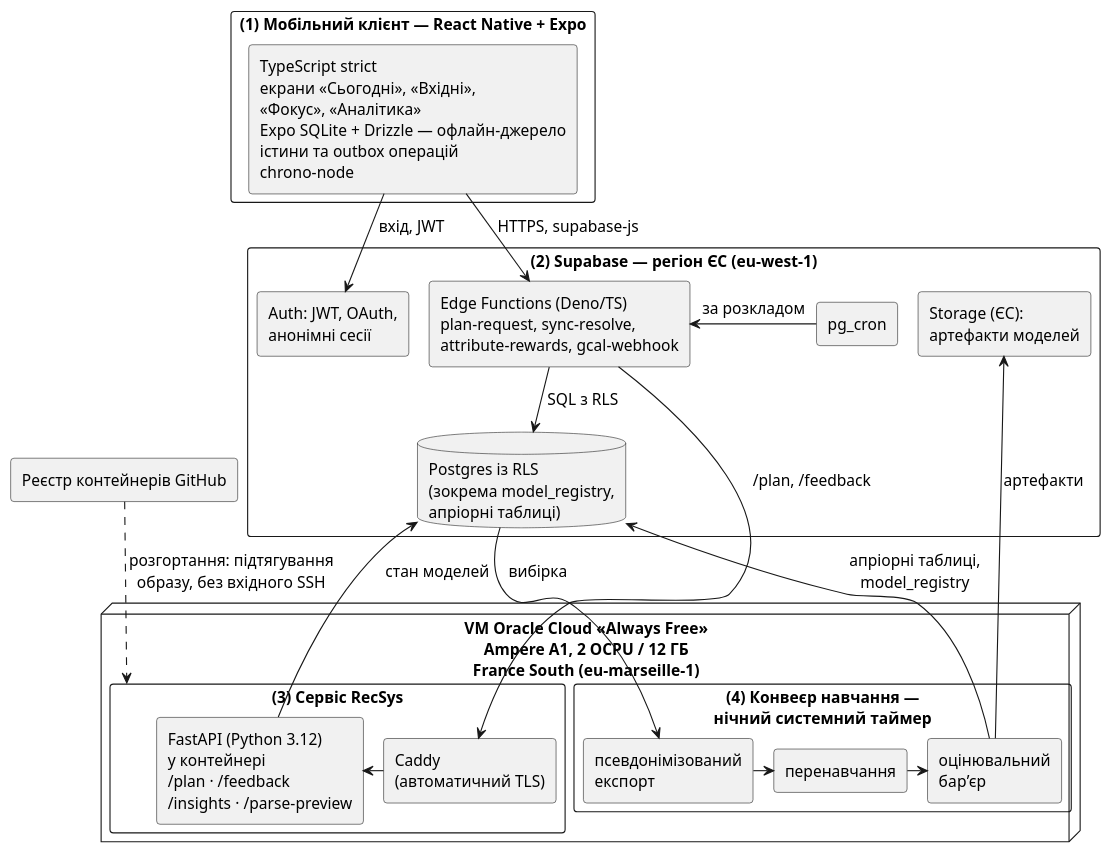
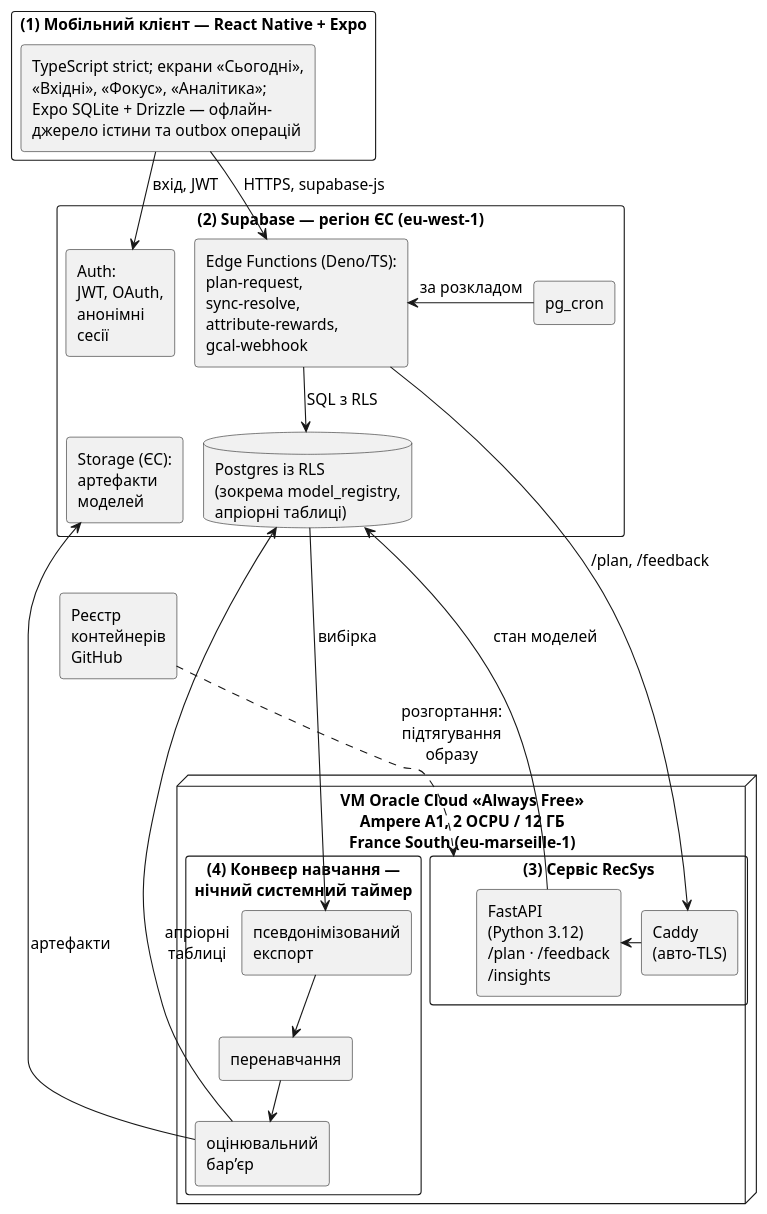
Before and after one commit to IKala4I/magister_work: the diagram in docs/thesis/text/diagrams/3-1-architecture.puml, drawn with PlantUML. The commit also changed 4 other files, not shown here.

```diff
--- a/docs/thesis/text/diagrams/3-1-architecture.puml
+++ b/docs/thesis/text/diagrams/3-1-architecture.puml
@@ -1,66 +1,69 @@
 @startuml
 ' Рисунок 3.1 — Загальна архітектура системи Hourwell.
 ' Джерело: текст плейсхолдера рисунка 3.1 у full.md (підрозділ 3.2) — чотири рівні, їхній склад і
 ' стрілки взято звідти; нічого поза ним. Стрілка plan-request → /plan без підпису: ім’я функції
 ' стоїть у блоці Edge Functions, /plan — у блоці FastAPI. Рівні (3) і (4) — на одній ВМ, як і сказано в тексті,
 ' тому намальовані в одній рамці ВМ. PlantUML, а не Mermaid: розкладка Mermaid не дає вмістити
 ' рисунок на сторінку з підписами не менше 8 пт (стрілку «конвеєр → Storage» вона веде в обхід).
 ' 2026-11-12 (зовнішня рецензія, звірено з кодом): клієнт звертається лише до Auth і Edge Functions
 ' (supabase.auth.*, supabase.functions.invoke); до Postgres ідуть функції й сервіс рекомендацій
 ' (стан моделей bandit_state / beta_cells / blend_state — у Postgres, repo.py); pg_cron запускає
 ' функції за розкладом (attribute-rewards о 23:55, календар кожні 5 хв); конвеєр читає експорт із
 ' Postgres, пише апріорні таблиці, кластери й рядок model_registry у Postgres, артефакти — у Storage.
 ' Сервіс зі Storage моделей не завантажує — такої стрілки немає. Стрілка — від того, хто ініціює.
 ' Реєстр контейнерів — пунктир: розгортання, а не робота системи.
 !pragma layout smetana
 skinparam defaultFontSize 14
 skinparam defaultFontName Arial
 skinparam monochrome true
 skinparam shadowing false
 skinparam rectangle {
   RoundCorner 6
 }
 skinparam nodesep 22
 skinparam ranksep 40
 top to bottom direction
 
 rectangle "(1) Мобільний клієнт — React Native + Expo" as L1 {
-  rectangle "TypeScript strict\nекрани «Сьогодні», «Вхідні»,\n«Фокус», «Аналітика»\nExpo SQLite + Drizzle — офлайн-джерело\nістини та outbox операцій\nchrono-node" as C
+  rectangle "TypeScript strict; екрани «Сьогодні»,\n«Вхідні», «Фокус», «Аналітика»;\nExpo SQLite + Drizzle — офлайн-\nджерело істини та outbox операцій" as C
 }
 
 rectangle "(2) Supabase — регіон ЄС (eu-west-1)" as L2 {
-  rectangle "Auth: JWT, OAuth,\nанонімні сесії" as S2
-  rectangle "Edge Functions (Deno/TS)\nplan-request, sync-resolve,\nattribute-rewards, gcal-webhook" as S3
+  rectangle "Auth:\nJWT, OAuth,\nанонімні\nсесії" as S2
+  rectangle "Edge Functions (Deno/TS):\nplan-request,\nsync-resolve,\nattribute-rewards,\ngcal-webhook" as S3
   rectangle "pg_cron" as S4
   database "Postgres із RLS\n(зокрема model_registry,\nапріорні таблиці)" as S1
-  rectangle "Storage (ЄС):\nартефакти моделей" as S5
+  rectangle "Storage (ЄС):\nартефакти\nмоделей" as S5
 }
 
 node "VM Oracle Cloud «Always Free»\nAmpere A1, 2 OCPU / 12 ГБ\nFrance South (eu-marseille-1)" as VM {
   rectangle "(3) Сервіс RecSys" as L3 {
-    rectangle "Caddy\n(автоматичний TLS)" as R0
-    rectangle "FastAPI (Python 3.12)\nу контейнері\n/plan · /feedback\n/insights · /parse-preview" as R1
+    rectangle "Caddy\n(авто-TLS)" as R0
+    rectangle "FastAPI\n(Python 3.12)\n/plan · /feedback\n/insights" as R1
   }
   rectangle "(4) Конвеєр навчання —\nнічний системний таймер" as L4 {
     rectangle "псевдонімізований\nекспорт" as T1
     rectangle "перенавчання" as T2
     rectangle "оцінювальний\nбар’єр" as T3
   }
 }
 
-rectangle "Реєстр контейнерів GitHub" as GH
+rectangle "Реєстр\nконтейнерів\nGitHub" as GH
 
 C -down-> S2 : вхід, JWT
 C -down-> S3 : HTTPS, supabase-js
 S4 -left-> S3 : за розкладом
 S3 -down-> S1 : SQL з RLS
 S3 -down-> R0 : /plan, /feedback
 R0 -right-> R1
 R1 -up-> S1 : стан моделей
 S1 -down-> T1 : вибірка
-T1 -right-> T2
-T2 -right-> T3
+' кроки конвеєра — вертикально: інакше рисунок ширший за сторінку з підписами ≥ 8 пт
+T1 -down-> T2
+T2 -down-> T3
 T3 -up-> S5 : артефакти
-T3 -up-> S1 : апріорні таблиці,\nmodel_registry
-GH .down.> L3 : розгортання: підтягування\nобразу, без вхідного SSH
+T3 -up-> S1 : апріорні\nтаблиці
+S1 -[hidden]right- S5
+S5 -[hidden]down- GH
+GH .down.> L3 : розгортання:\nпідтягування\nобразу
 @enduml
```
